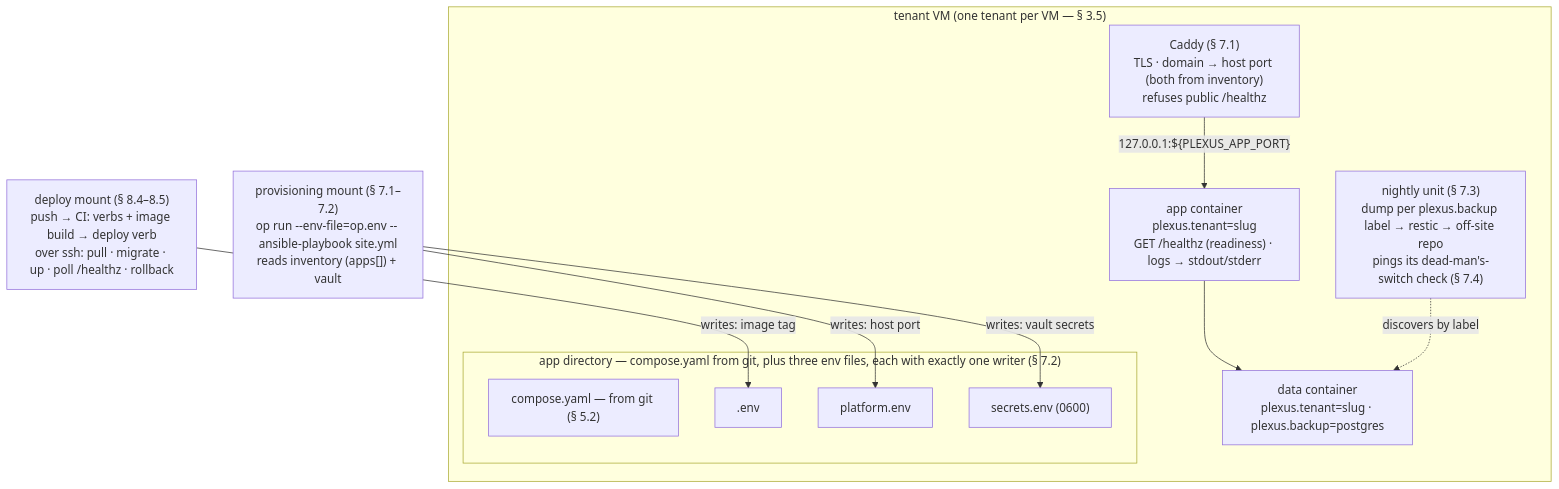
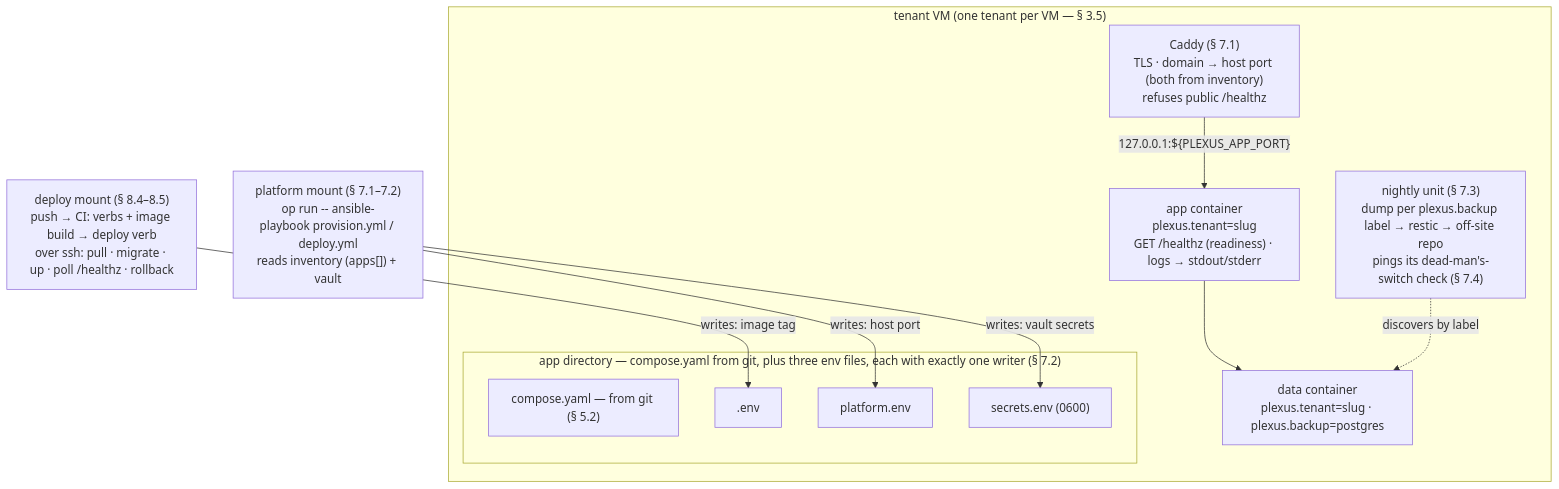
Before and after one commit to plexus-ms/compendium: the second of 2 diagrams in plexus/standard.md, drawn with Mermaid. The commit also changed other lines of this file and 2 other files, not shown here.

First line of the commit message:
docs: two-playbook platform mount (§ 7) + in-flight manual/§ 2 revisions

````diff
--- a/plexus/standard.md
+++ b/plexus/standard.md
@@ -409,23 +414,23 @@
 ```mermaid
 flowchart TB
-  provisioning["provisioning mount (§ 7.1–7.2)<br>op run --env-file=op.env -- ansible-playbook site.yml<br>reads inventory (apps[]) + vault"]
+  provisioning["platform mount (§ 7.1–7.2)<br>op run -- ansible-playbook provision.yml / deploy.yml<br>reads inventory (apps[]) + vault"]
   deploy["deploy mount (§ 8.4–8.5)<br>push → CI: verbs + image build → deploy verb<br>over ssh: pull · migrate · up · poll /healthz · rollback"]
   subgraph vm["tenant VM (one tenant per VM — § 3.5)"]
     caddy["Caddy (§ 7.1)<br>TLS · domain → host port (both from inventory)<br>refuses public /healthz"]
     subgraph appdir["app directory — compose.yaml from git, plus three env files, each with exactly one writer (§ 7.2)"]
       compose["compose.yaml — from git (§ 5.2)"]
       dotenv[".env"]
       platformenv["platform.env"]
       secretsenv["secrets.env (0600)"]
     end
     app["app container<br>plexus.tenant=slug<br>GET /healthz (readiness) · logs → stdout/stderr"]
     data["data container<br>plexus.tenant=slug · plexus.backup=postgres"]
     backup["nightly unit (§ 7.3)<br>dump per plexus.backup label → restic → off-site repo<br>pings its dead-man's-switch check (§ 7.4)"]
   end
   provisioning -- "writes: host port" --> platformenv
   provisioning -- "writes: vault secrets" --> secretsenv
   deploy -- "writes: image tag" --> dotenv
   caddy -- "127.0.0.1:${PLEXUS_APP_PORT}" --> app
   app --> data
   backup -. "discovers by label" .-> data
 ```
````
